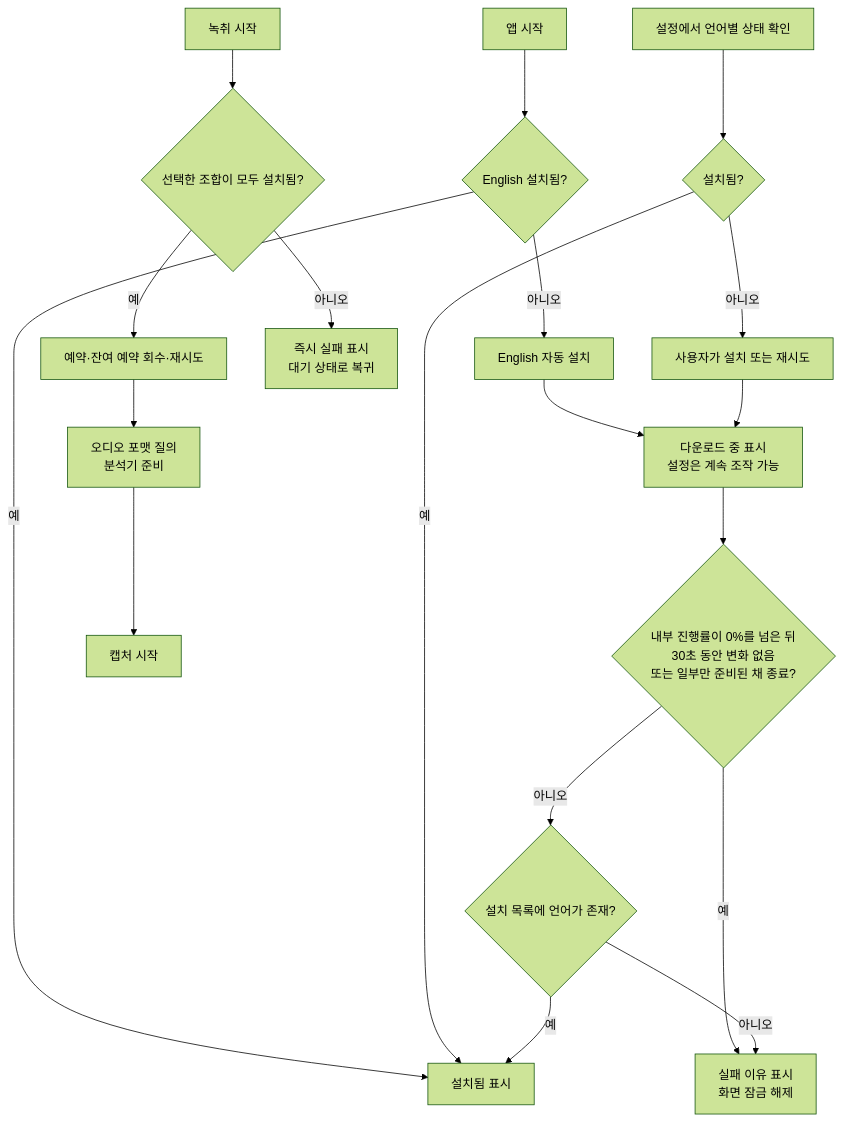
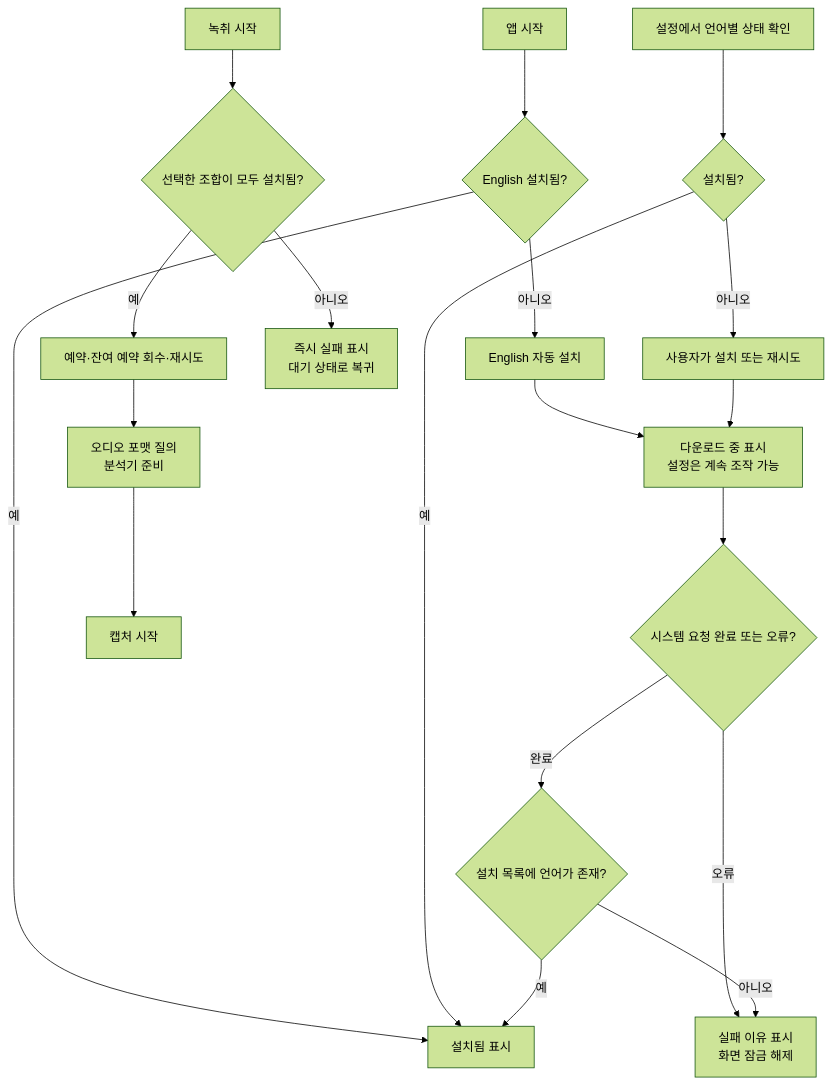
One commit to haandol/scribird changed the diagram in docs/adr/transcription/0003-model-provisioning-gate.md. Above: the diagram before and after it, drawn with Mermaid (forest theme). The commit also changed other lines of this file and 10 other files, not shown here.

````diff
--- a/docs/adr/transcription/0003-model-provisioning-gate.md
+++ b/docs/adr/transcription/0003-model-provisioning-gate.md
@@ -81,23 +86,23 @@
 ```mermaid
 flowchart TD
     Launch["앱 시작"] --> English{"English 설치됨?"}
     English -- 아니오 --> Auto["English 자동 설치"]
     English -- 예 --> Ready
     Auto --> Progress
 
     S["설정에서 언어별 상태 확인"] --> I{"설치됨?"}
     I -- 예 --> Ready["설치됨 표시"]
     I -- 아니오 --> Install["사용자가 설치 또는 재시도"]
     Install --> Progress["다운로드 중 표시<br/>설정은 계속 조작 가능"]
-    Progress --> Stall{"내부 진행률이 0%를 넘은 뒤<br/>30초 동안 변화 없음<br/>또는 일부만 준비된 채 종료?"}
-    Stall -- 예 --> Error["실패 이유 표시<br/>화면 잠금 해제"]
-    Stall -- 아니오 --> Verify{"설치 목록에 언어가 존재?"}
+    Progress --> Complete{"시스템 요청 완료 또는 오류?"}
+    Complete -- 오류 --> Error["실패 이유 표시<br/>화면 잠금 해제"]
+    Complete -- 완료 --> Verify{"설치 목록에 언어가 존재?"}
     Verify -- 아니오 --> Error
     Verify -- 예 --> Ready
 
     Start["녹취 시작"] --> Available{"선택한 조합이 모두 설치됨?"}
     Available -- 아니오 --> StartError["즉시 실패 표시<br/>대기 상태로 복귀"]
     Available -- 예 --> Reserve["예약·잔여 예약 회수·재시도"]
     Reserve --> Format["오디오 포맷 질의<br/>분석기 준비"]
     Format --> Capture["캡처 시작"]
 ```
````
